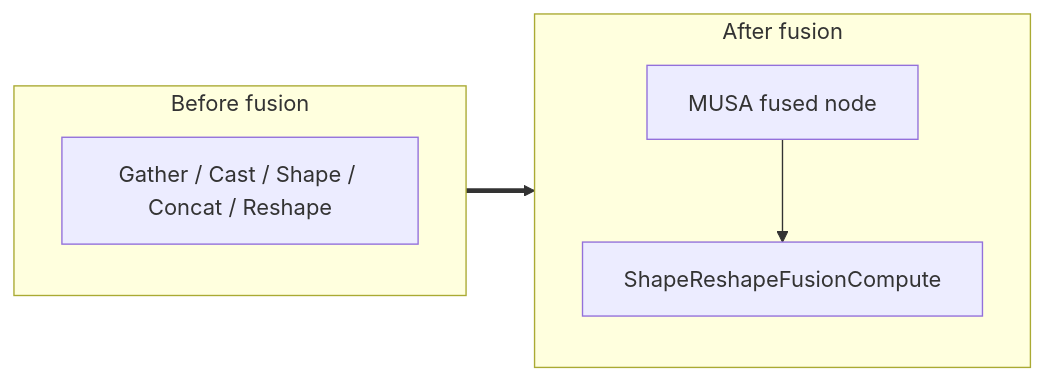
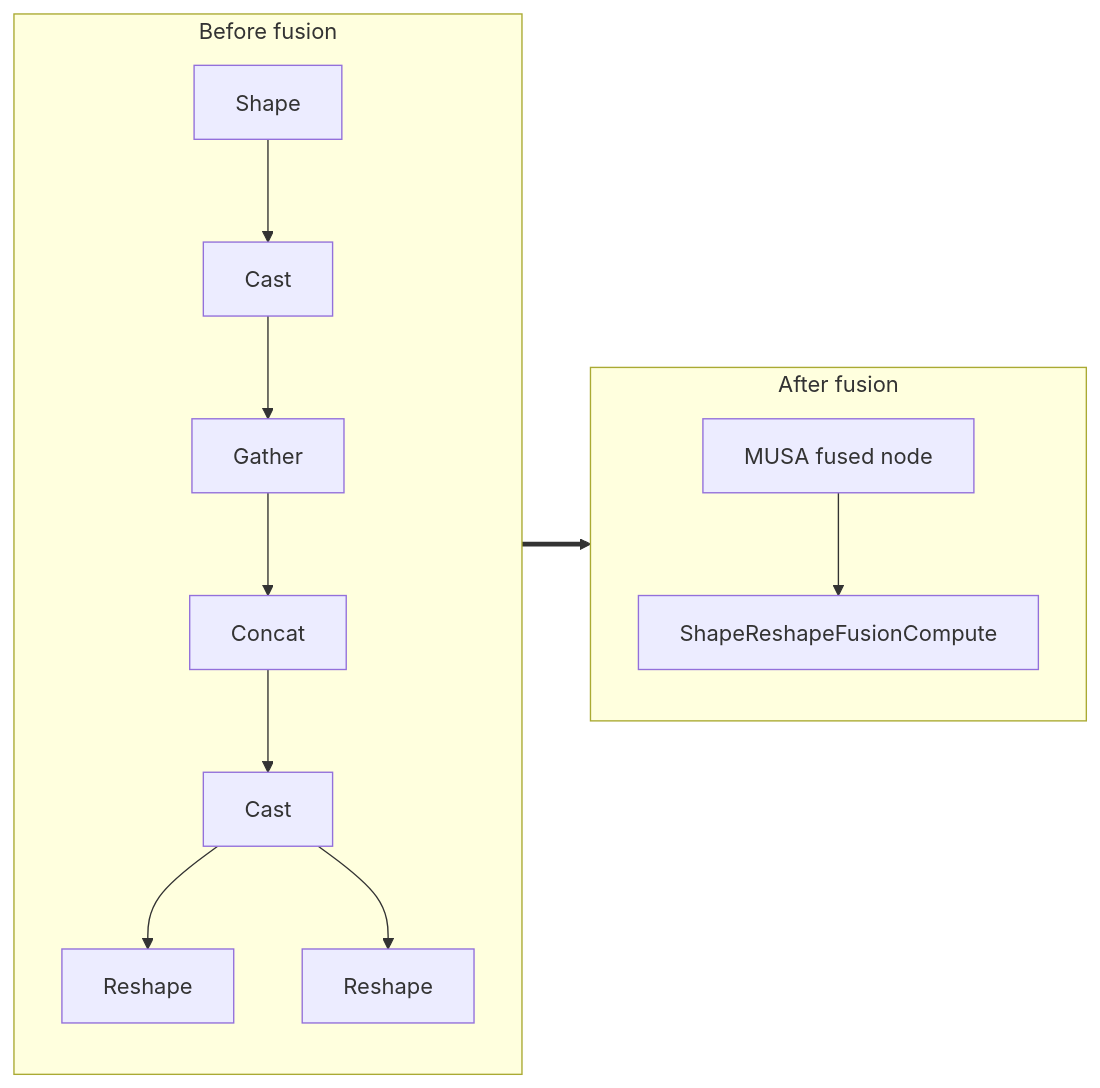
One commit to MooreThreads/onnxruntime-musa changed the diagram in musa/docs/fusion/shape_reshape.md. Above: the diagram before and after it, drawn with Mermaid. The commit also changed other lines of this file and 13 other files, not shown here.

````diff
--- a/musa/docs/fusion/shape_reshape.md
+++ b/musa/docs/fusion/shape_reshape.md
@@ -22,12 +23,24 @@
 ```mermaid
 flowchart LR
   subgraph Before[Before fusion]
-    B0["Gather / Cast / Shape / Concat / Reshape"]
+    B0["Shape"]
+    B1["Cast"]
+    B2["Gather"]
+    B3["Concat"]
+    B4["Cast"]
+    B5["Reshape"]
+    B6["Reshape"]
+    B0 --> B1
+    B1 --> B2
+    B2 --> B3
+    B3 --> B4
+    B4 --> B5
+    B4 --> B6
   end
   subgraph After[After fusion]
     A0["MUSA fused node"]
     A1["ShapeReshapeFusionCompute"]
     A0 --> A1
   end
   Before ==> After
 ```
````
